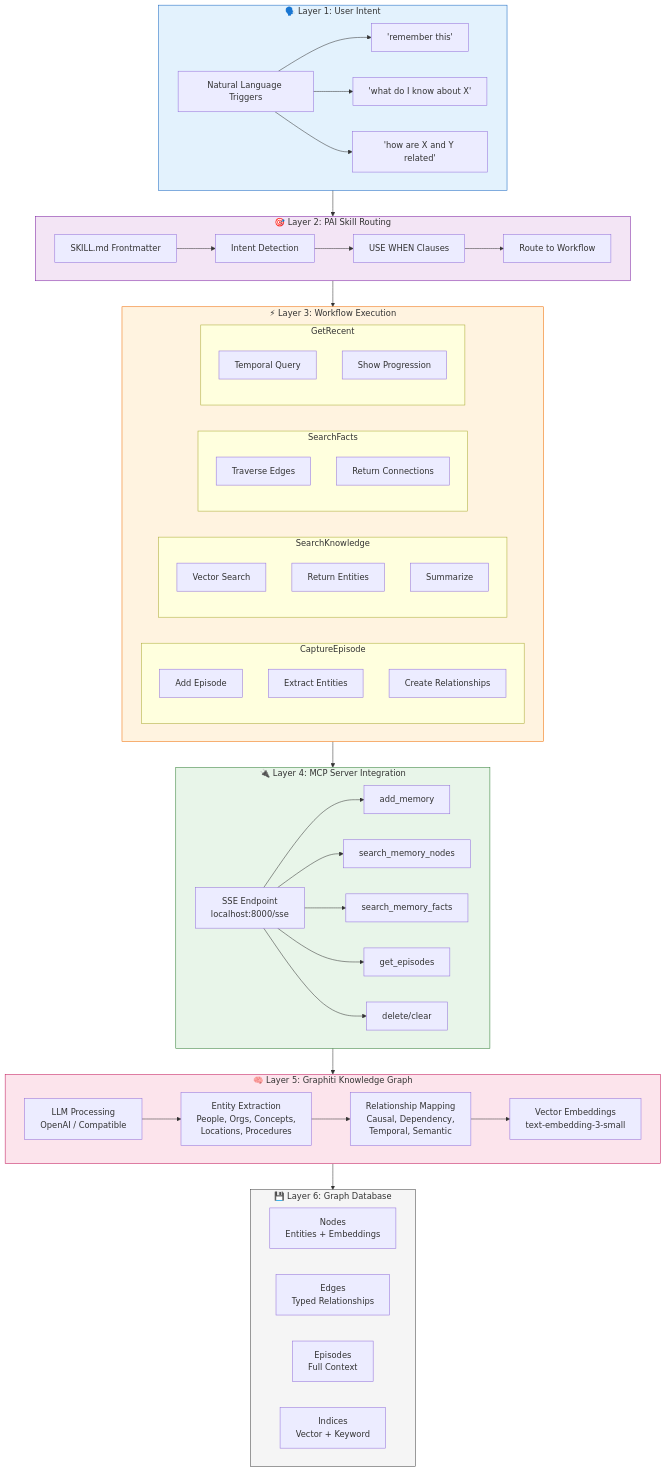
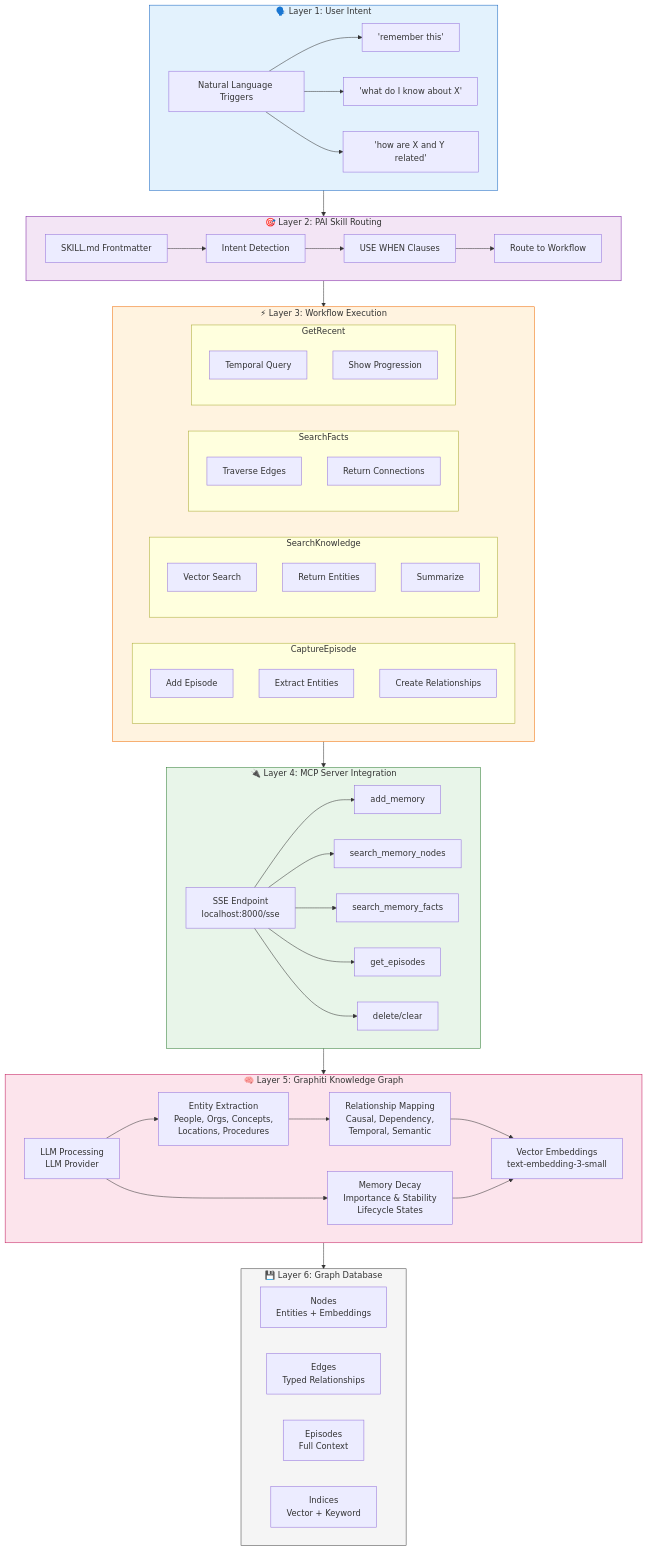
Before and after one commit to madeinoz67/madeinoz-knowledge-system: the second of 2 diagrams in docs/concepts/architecture.md, drawn with Mermaid. The commit also changed other lines of this file and 73 other files, not shown here.

First line of the commit message:
feat(009): Memory Decay Scoring & Lifecycle Management (#15)

````diff
--- a/docs/concepts/architecture.md
+++ b/docs/concepts/architecture.md
@@ -168,75 +127,77 @@
 ```mermaid
 flowchart TB
     subgraph L1["🗣️ Layer 1: User Intent"]
         UI["Natural Language Triggers"]
         UI --> T1["'remember this'"]
         UI --> T2["'what do I know about X'"]
         UI --> T3["'how are X and Y related'"]
     end
 
     subgraph L2["🎯 Layer 2: PAI Skill Routing"]
         SKILL["SKILL.md Frontmatter"]
         SKILL --> ID["Intent Detection"]
         ID --> UW["USE WHEN Clauses"]
         UW --> RT["Route to Workflow"]
     end
 
     subgraph L3["⚡ Layer 3: Workflow Execution"]
         direction LR
         subgraph W1["CaptureEpisode"]
             CE1[Add Episode]
             CE2[Extract Entities]
             CE3[Create Relationships]
         end
         subgraph W2["SearchKnowledge"]
             SK1[Vector Search]
             SK2[Return Entities]
             SK3[Summarize]
         end
         subgraph W3["SearchFacts"]
             SF1[Traverse Edges]
             SF2[Return Connections]
         end
         subgraph W4["GetRecent"]
             GR1[Temporal Query]
             GR2[Show Progression]
         end
     end
 
     subgraph L4["🔌 Layer 4: MCP Server Integration"]
         SSE["SSE Endpoint<br/>localhost:8000/sse"]
         SSE --> AM["add_memory"]
         SSE --> SMN["search_memory_nodes"]
         SSE --> SMF["search_memory_facts"]
         SSE --> GE["get_episodes"]
         SSE --> MGT["delete/clear"]
     end
 
     subgraph L5["🧠 Layer 5: Graphiti Knowledge Graph"]
-        LLM["LLM Processing<br/>OpenAI / Compatible"]
+        LLM["LLM Processing<br/>LLM Provider"]
         LLM --> EXT["Entity Extraction<br/>People, Orgs, Concepts,<br/>Locations, Procedures"]
         EXT --> REL["Relationship Mapping<br/>Causal, Dependency,<br/>Temporal, Semantic"]
+        LLM --> DEC["Memory Decay<br/>Importance & Stability<br/>Lifecycle States"]
         REL --> VEC["Vector Embeddings<br/>text-embedding-3-small"]
+        DEC --> VEC
     end
 
     subgraph L6["💾 Layer 6: Graph Database"]
         direction LR
         NODES["Nodes<br/>Entities + Embeddings"]
         EDGES["Edges<br/>Typed Relationships"]
         EPISODES["Episodes<br/>Full Context"]
         INDICES["Indices<br/>Vector + Keyword"]
     end
 
     L1 --> L2
     L2 --> L3
     L3 --> L4
     L4 --> L5
     L5 --> L6
 
     style L1 fill:#e3f2fd,stroke:#1565c0
     style L2 fill:#f3e5f5,stroke:#7b1fa2
     style L3 fill:#fff3e0,stroke:#ef6c00
     style L4 fill:#e8f5e9,stroke:#2e7d32
     style L5 fill:#fce4ec,stroke:#c2185b
     style L6 fill:#f5f5f5,stroke:#424242
 ```
````
